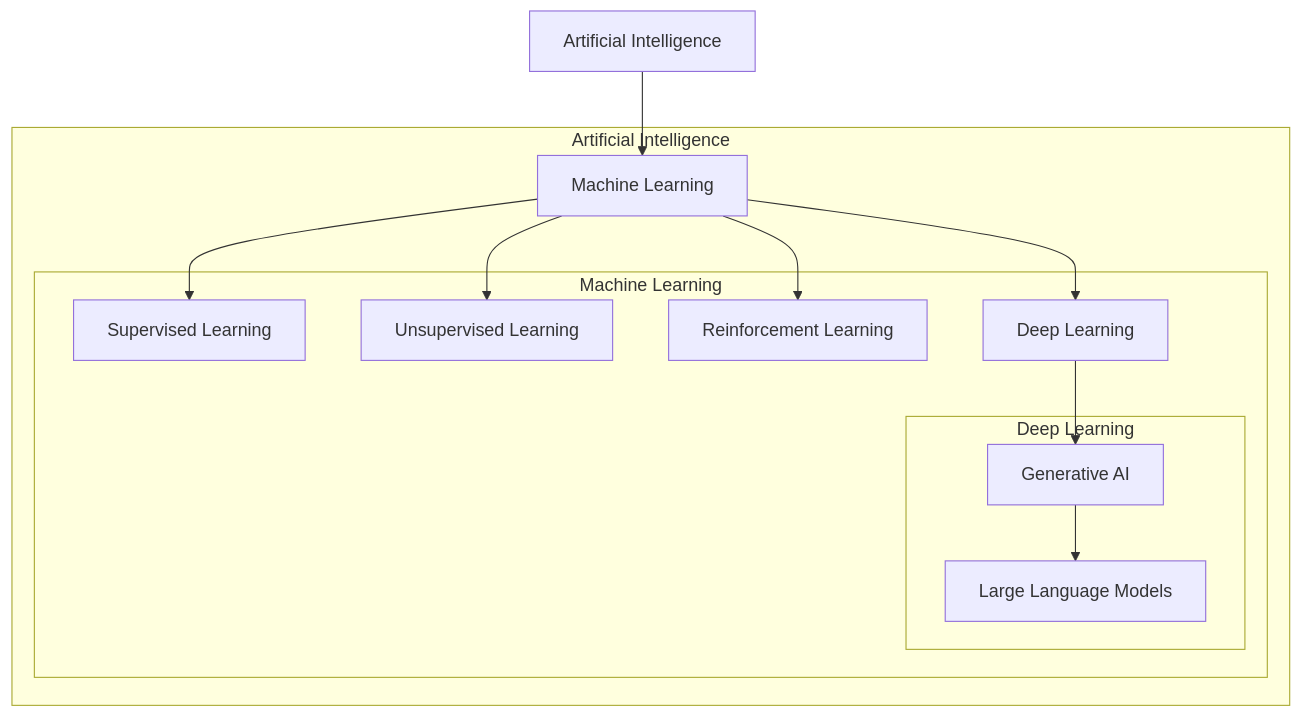
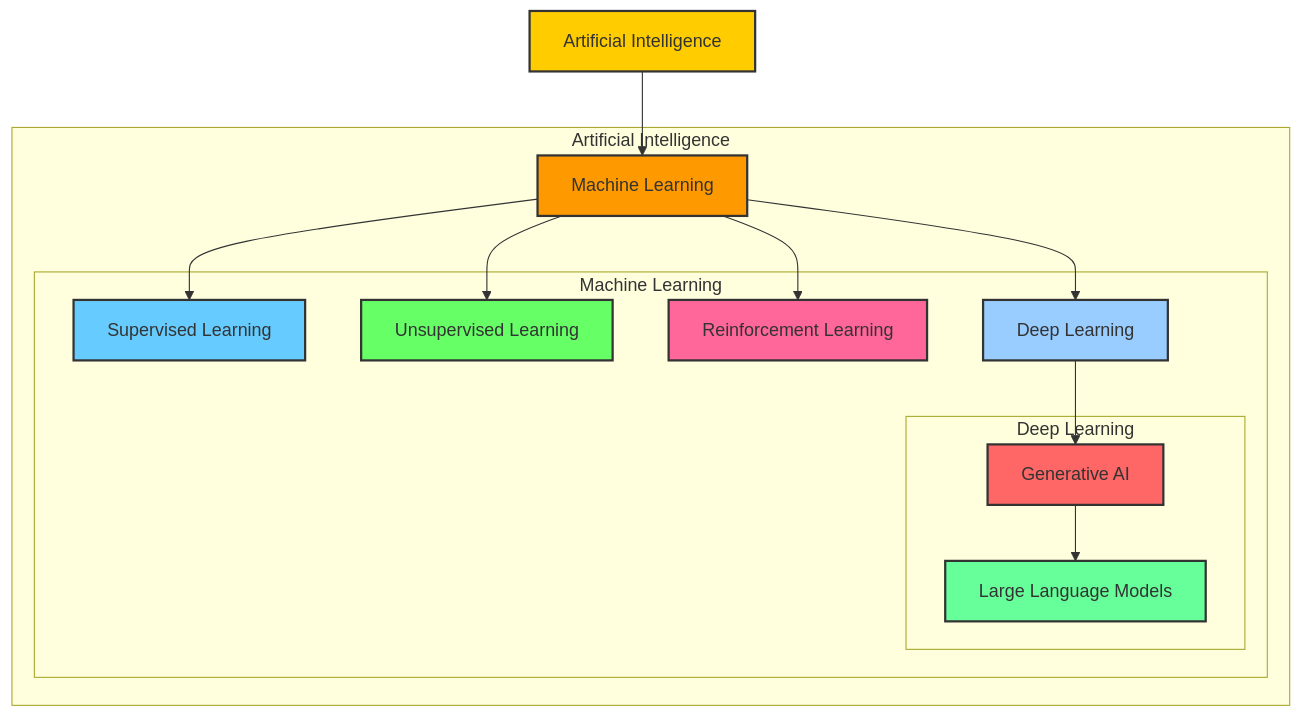
Before and after one commit to Chase-Yi/LLM-Application-Development-with-LangChain: the diagram in Introduction to AI Large Models.md, drawn with Mermaid.

Commit message:
Update Introduction to AI Large Models.md

````diff
--- a/Introduction to AI Large Models.md
+++ b/Introduction to AI Large Models.md
@@ -56,26 +56,35 @@
 ```mermaid
 graph TB;
     AI["Artificial Intelligence"] --> ML["Machine Learning"]
     
     ML --> SL["Supervised Learning"]
     ML --> UL["Unsupervised Learning"]
     ML --> RL["Reinforcement Learning"]
     ML --> DL["Deep Learning"]
 
     DL --> GA["Generative AI"]
     GA --> LLM["Large Language Models"]
 
     subgraph AI_Group [Artificial Intelligence]
         ML
         subgraph ML_Group [Machine Learning]
             SL
             UL
             RL
             DL
             subgraph DL_Group [Deep Learning]
                 GA
                 LLM
             end
         end
     end
+
+    style AI fill:#FFCC00,stroke:#333,stroke-width:2px
+    style ML fill:#FF9900,stroke:#333,stroke-width:2px
+    style SL fill:#66CCFF,stroke:#333,stroke-width:2px
+    style UL fill:#66FF66,stroke:#333,stroke-width:2px
+    style RL fill:#FF6699,stroke:#333,stroke-width:2px
+    style DL fill:#99CCFF,stroke:#333,stroke-width:2px
+    style GA fill:#FF6666,stroke:#333,stroke-width:2px
+    style LLM fill:#66FF99,stroke:#333,stroke-width:2px
 ```
````
